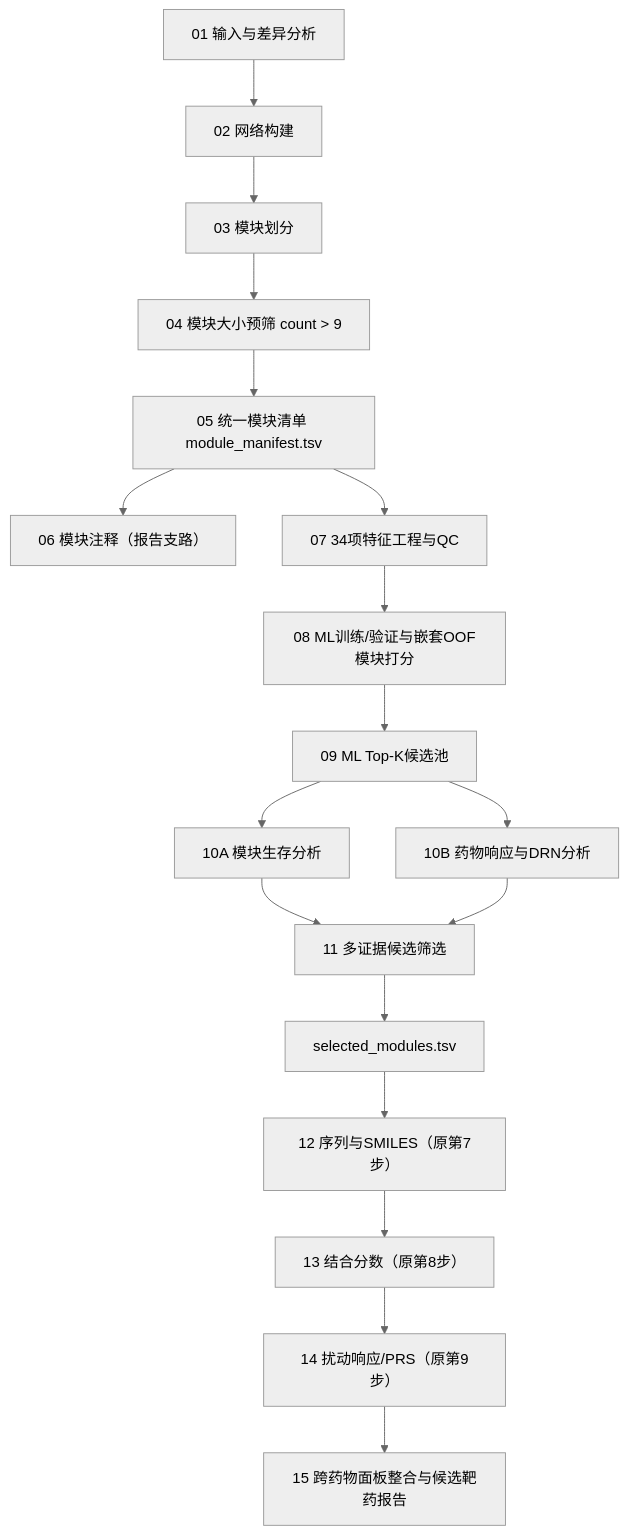
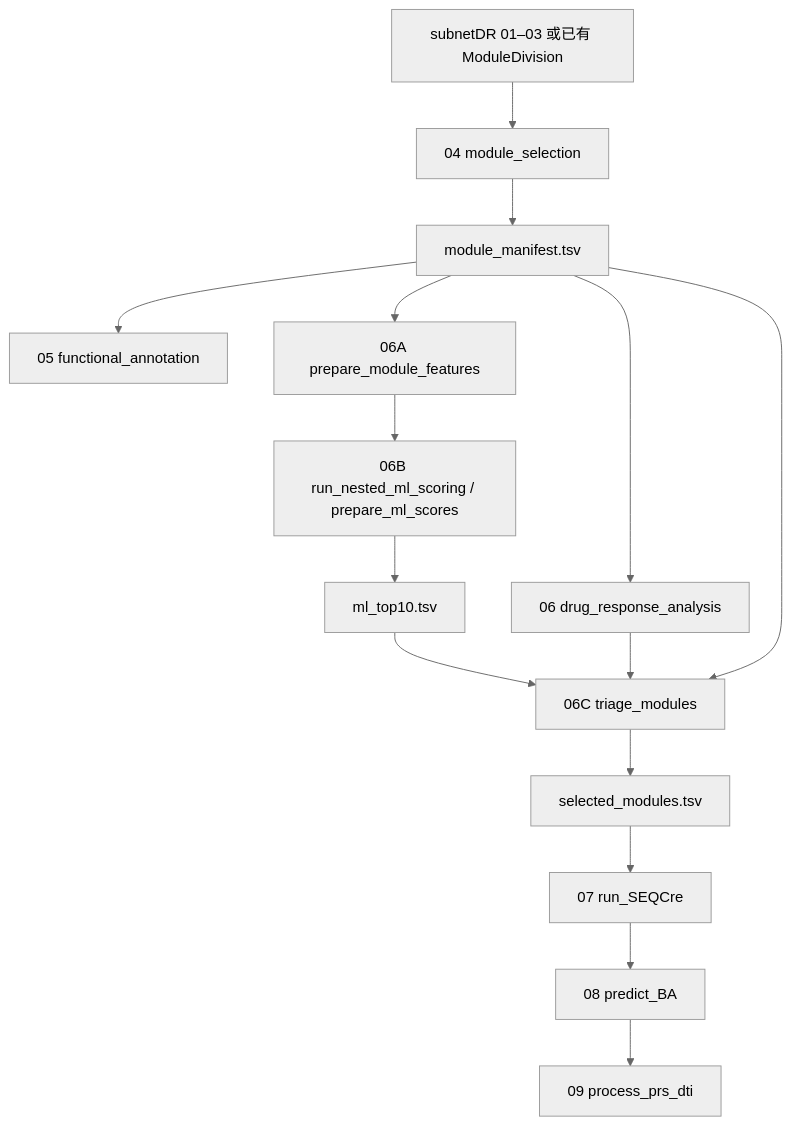
One commit to LilyYNY/ML-SnpDR changed the diagram in docs/architecture.md. Above: the diagram before and after it, drawn with Mermaid (neutral theme). The commit also changed other lines of this file and 58 other files, not shown here.

````diff
--- a/docs/architecture.md
+++ b/docs/architecture.md
@@ -31,20 +16,17 @@
 ```mermaid
 flowchart TD
-    A["01 输入与差异分析"] --> B["02 网络构建"]
-    B --> C["03 模块划分"]
-    C --> D["04 模块大小预筛 count > 9"]
-    D --> E["05 统一模块清单 module_manifest.tsv"]
-    E --> F["06 模块注释（报告支路）"]
-    E --> G["07 34项特征工程与QC"]
-    G --> H["08 ML训练/验证与嵌套OOF模块打分"]
-    H --> I["09 ML Top-K候选池"]
-    I --> J["10A 模块生存分析"]
-    I --> K["10B 药物响应与DRN分析"]
-    J --> L["11 多证据候选筛选"]
-    K --> L
-    L --> M["selected_modules.tsv"]
-    M --> N["12 序列与SMILES（原第7步）"]
-    N --> O["13 结合分数（原第8步）"]
-    O --> P["14 扰动响应/PRS（原第9步）"]
-    P --> Q["15 跨药物面板整合与候选靶药报告"]
+    A["subnetDR 01–03 或已有 ModuleDivision"] --> B["04 module_selection"]
+    B --> M["module_manifest.tsv"]
+    M --> C["05 functional_annotation"]
+    M --> D["06 drug_response_analysis"]
+    M --> E["06A prepare_module_features"]
+    E --> F["06B run_nested_ml_scoring / prepare_ml_scores"]
+    F --> T["ml_top10.tsv"]
+    T --> G["06C triage_modules"]
+    D --> G
+    M --> G
+    G --> S["selected_modules.tsv"]
+    S --> H["07 run_SEQCre"]
+    H --> I["08 predict_BA"]
+    I --> J["09 process_prs_dti"]
 ```
````
